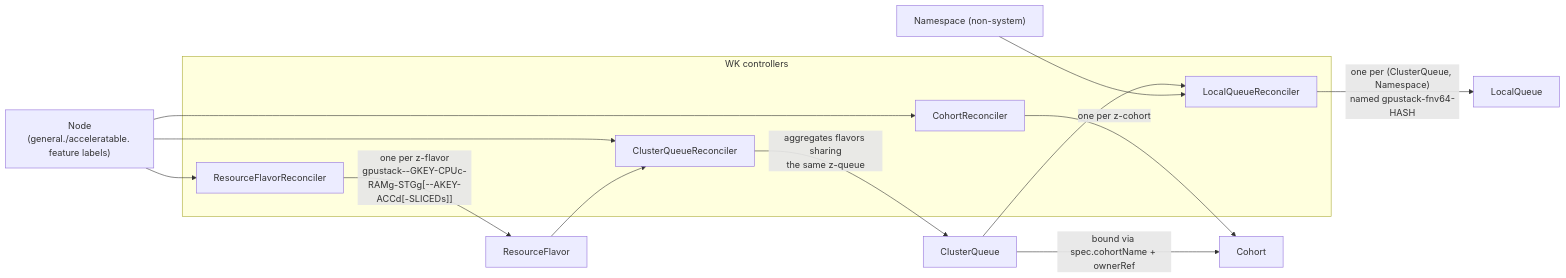
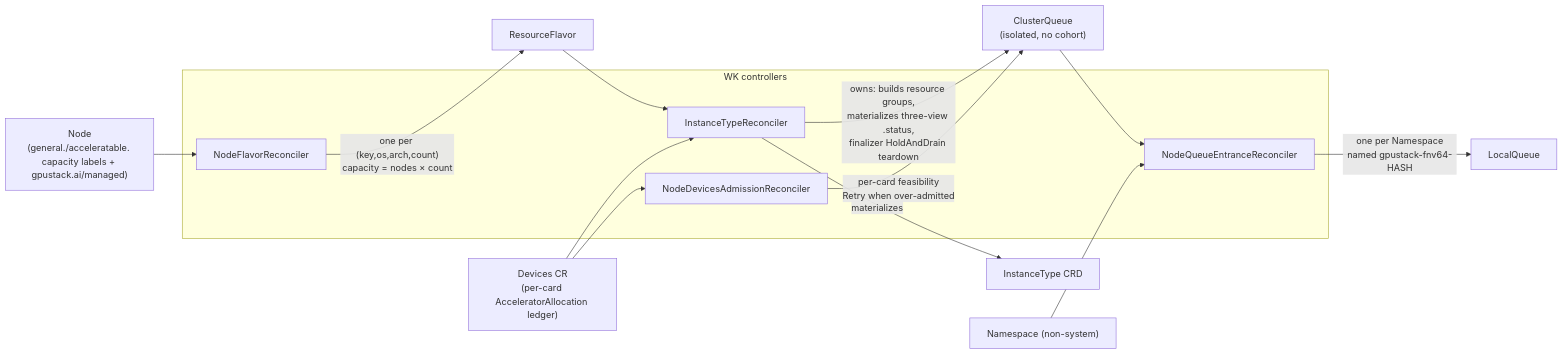
One commit to gpustack/gpustack-operator changed the second of 2 diagrams in docs/architecture.md. Above: the diagram before and after it, drawn with Mermaid. The commit also changed other lines of this file and 6 other files, not shown here.

````diff
--- a/docs/architecture.md
+++ b/docs/architecture.md
@@ -201,24 +188,24 @@
 ```mermaid
 flowchart LR
-    NODE["Node<br/>(general./acceleratable. feature labels)"]
+    NODE["Node<br/>(general./acceleratable. capacity labels + gpustack.ai/managed)"]
+    DEV["Devices CR<br/>(per-card AcceleratorAllocation ledger)"]
 
     subgraph controllers["WK controllers"]
-        RFR["ResourceFlavorReconciler"]
-        COR["CohortReconciler"]
-        CQR["ClusterQueueReconciler"]
-        LQR["LocalQueueReconciler"]
+        NFR["NodeFlavorReconciler"]
+        ITR["InstanceTypeReconciler"]
+        NQE["NodeQueueEntranceReconciler"]
+        AC["NodeDevicesAdmissionReconciler"]
     end
 
-    NODE --> RFR
-    NODE --> COR
-    NODE --> CQR
-
-    RFR -- "one per z-flavor<br/>gpustack--GKEY-CPUc-RAMg-STGg[--AKEY-ACCd[-SLICEDs]]" --> RF["ResourceFlavor"]
-    COR -- "one per z-cohort" --> CO["Cohort"]
-    RF --> CQR
-    CQR -- "aggregates flavors sharing<br/>the same z-queue" --> CQ["ClusterQueue"]
-    CQ -- "bound via spec.cohortName + ownerRef" --> CO
-    CQ --> LQR
-    NS["Namespace (non-system)"] --> LQR
-    LQR -- "one per (ClusterQueue, Namespace)<br/>named gpustack-fnv64-HASH" --> LQ["LocalQueue"]
+    NODE --> NFR
+    NFR -- "one per (key,os,arch,count)<br/>capacity = nodes × count" --> RF["ResourceFlavor"]
+    RF --> ITR
+    DEV --> ITR
+    ITR -- "owns: builds resource groups,<br/>materializes three-view .status,<br/>finalizer HoldAndDrain teardown" --> CQ["ClusterQueue<br/>(isolated, no cohort)"]
+    ITR -- "materializes" --> IT["InstanceType CRD"]
+    CQ --> NQE
+    NS["Namespace (non-system)"] --> NQE
+    NQE -- "one per Namespace<br/>named gpustack-fnv64-HASH" --> LQ["LocalQueue"]
+    DEV --> AC
+    AC -- "per-card feasibility<br/>Retry when over-admitted" --> CQ
 ```
````
